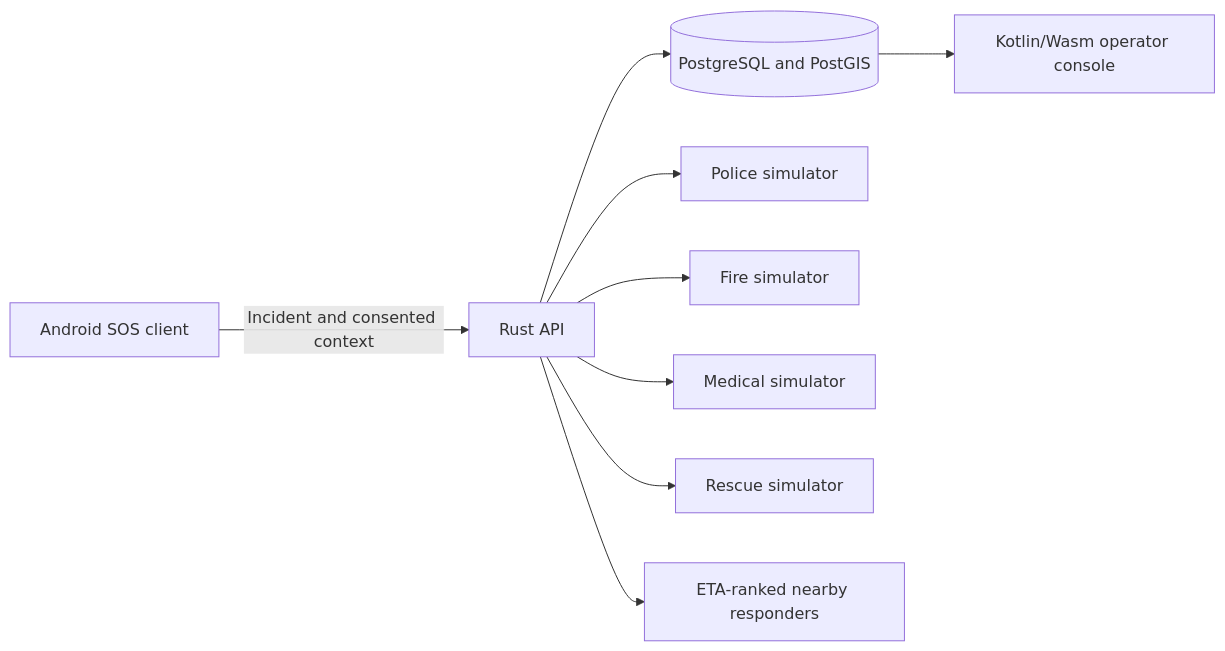
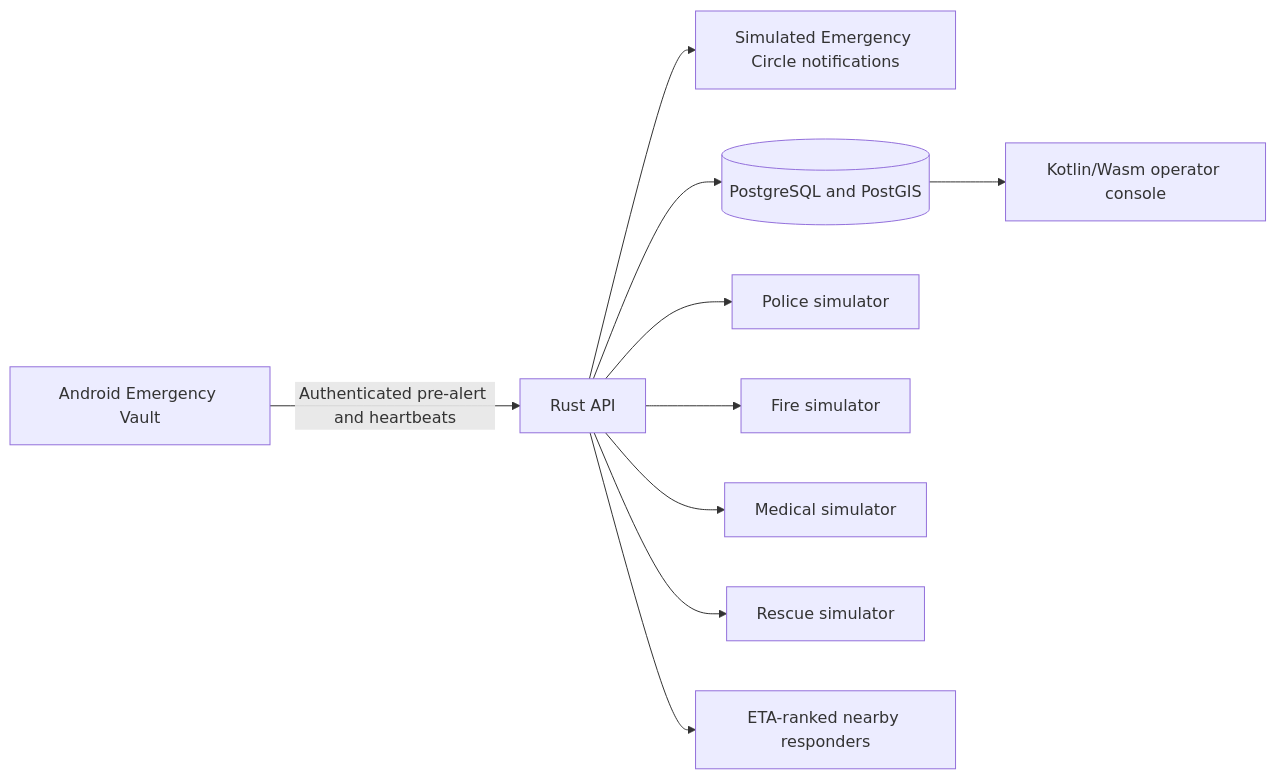
The diagram in README.md (razecrs/decentralert), drawn with Mermaid before and after one commit. The commit also changed other lines of this file and 18 other files, not shown here.

Commit message:
Add Emergency Vault and offline SOS handoff

````diff
--- a/README.md
+++ b/README.md
@@ -75,11 +77,12 @@
 ```mermaid
 flowchart LR
-    A[Android SOS client] -->|Incident and consented context| B[Rust API]
+    A[Android Emergency Vault] -->|Authenticated pre-alert and heartbeats| B[Rust API]
+    B --> J[Simulated Emergency Circle notifications]
     B --> C[(PostgreSQL and PostGIS)]
     B --> D[Police simulator]
     B --> E[Fire simulator]
     B --> F[Medical simulator]
     B --> G[Rescue simulator]
     B --> H[ETA-ranked nearby responders]
     C --> I[Kotlin/Wasm operator console]
 ```
````
